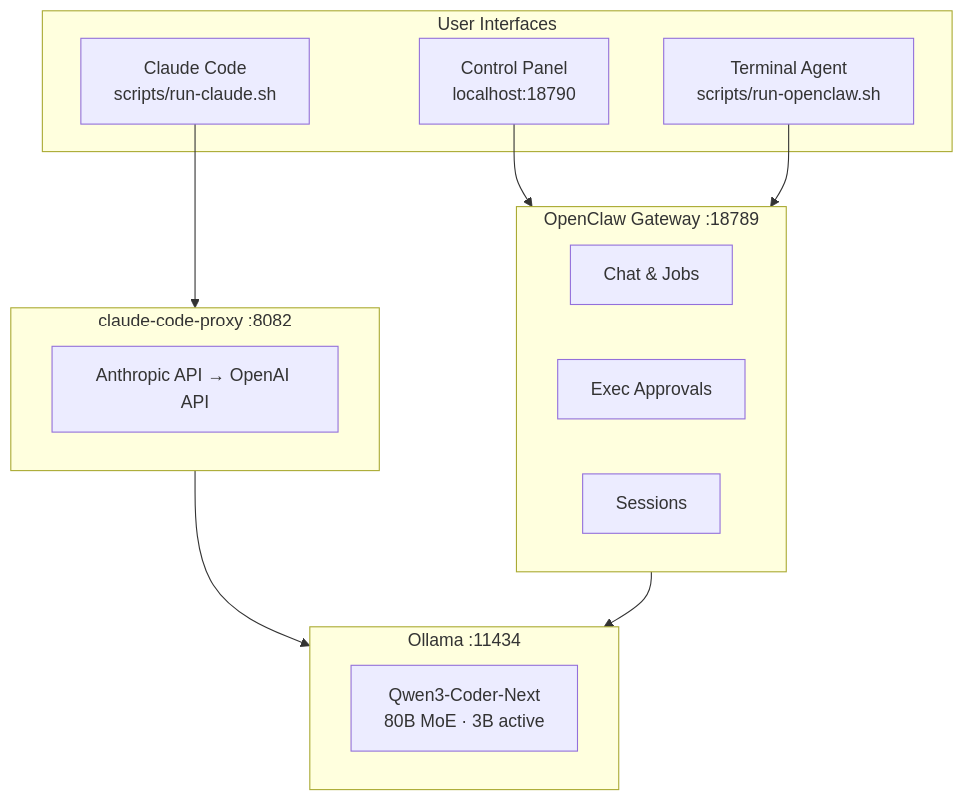
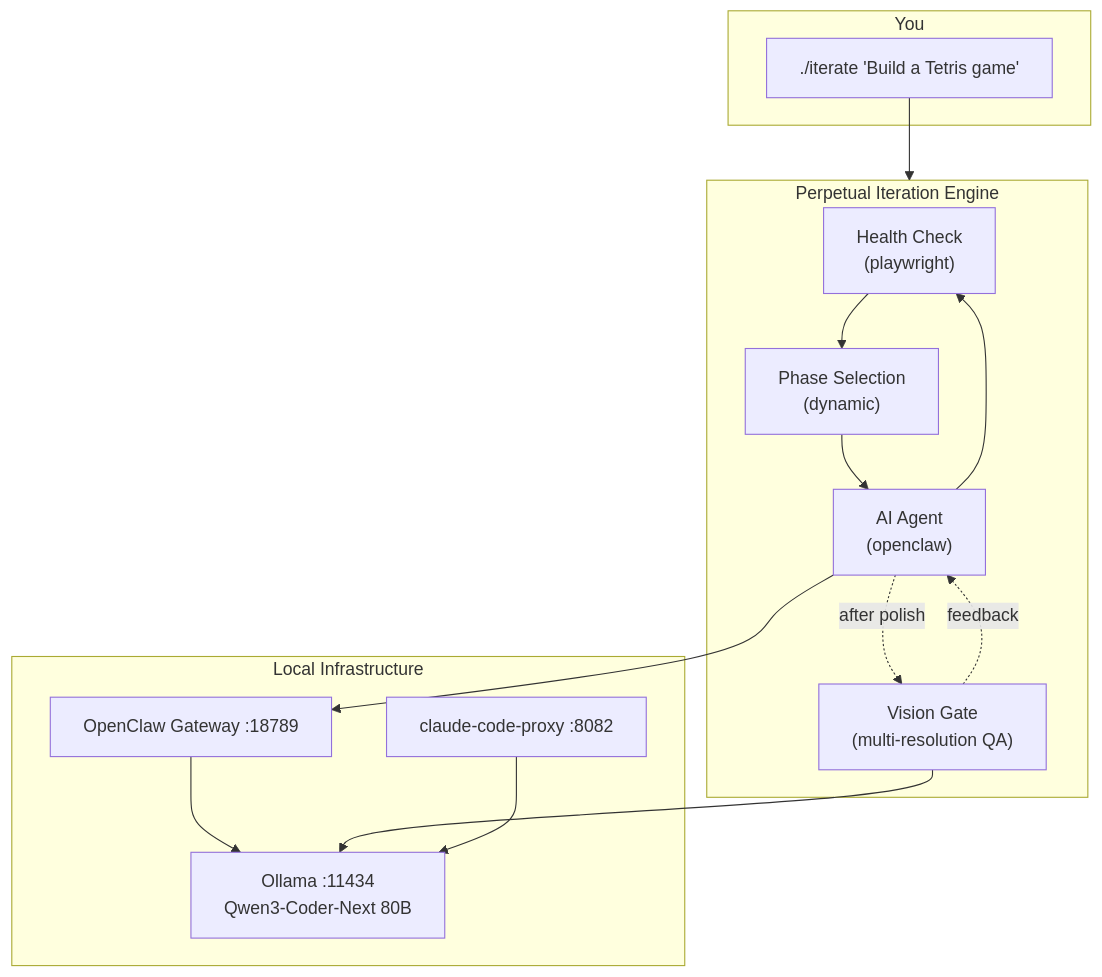
The second of 3 diagrams in README.md (mvalancy/tritium-coder), drawn with Mermaid before and after one commit. The commit also changed other lines of this file, not shown here.

First line of the commit message:
Rewrite README.md: vision-first, honest hardware, details in docs/

````diff
--- a/README.md
+++ b/README.md
@@ -121,28 +55,31 @@
 ```mermaid
 flowchart TB
-    subgraph ui["User Interfaces"]
-        Browser["Control Panel\nlocalhost:18790"]
-        CLI_OC["Terminal Agent\nscripts/run-openclaw.sh"]
-        CLI_CC["Claude Code\nscripts/run-claude.sh"]
+    subgraph user["You"]
+        CLI["./iterate 'Build a Tetris game'"]
     end
 
-    subgraph gw["OpenClaw Gateway :18789"]
-        Chat["Chat & Jobs"]
-        Exec["Exec Approvals"]
-        Sess["Sessions"]
+    subgraph engine["Perpetual Iteration Engine"]
+        Health["Health Check\n(playwright)"]
+        Select["Phase Selection\n(dynamic)"]
+        Agent["AI Agent\n(openclaw)"]
+        Vision["Vision Gate\n(multi-resolution QA)"]
+
+        Health --> Select
+        Select --> Agent
+        Agent --> Health
+        Agent -.->|"after polish"| Vision
+        Vision -.->|"feedback"| Agent
     end
 
-    subgraph proxy["claude-code-proxy :8082"]
-        Trans["Anthropic API → OpenAI API"]
+    subgraph infra["Local Infrastructure"]
+        Ollama["Ollama :11434\nQwen3-Coder-Next 80B"]
+        Gateway["OpenClaw Gateway :18789"]
+        Proxy["claude-code-proxy :8082"]
     end
 
-    subgraph ollama["Ollama :11434"]
-        Model["Qwen3-Coder-Next\n80B MoE · 3B active"]
-    end
-
-    Browser --> gw
-    CLI_OC --> gw
-    CLI_CC --> proxy
-    proxy --> ollama
-    gw --> ollama
+    CLI --> engine
+    Agent --> Gateway
+    Gateway --> Ollama
+    Vision --> Ollama
+    Proxy --> Ollama
 ```
````
